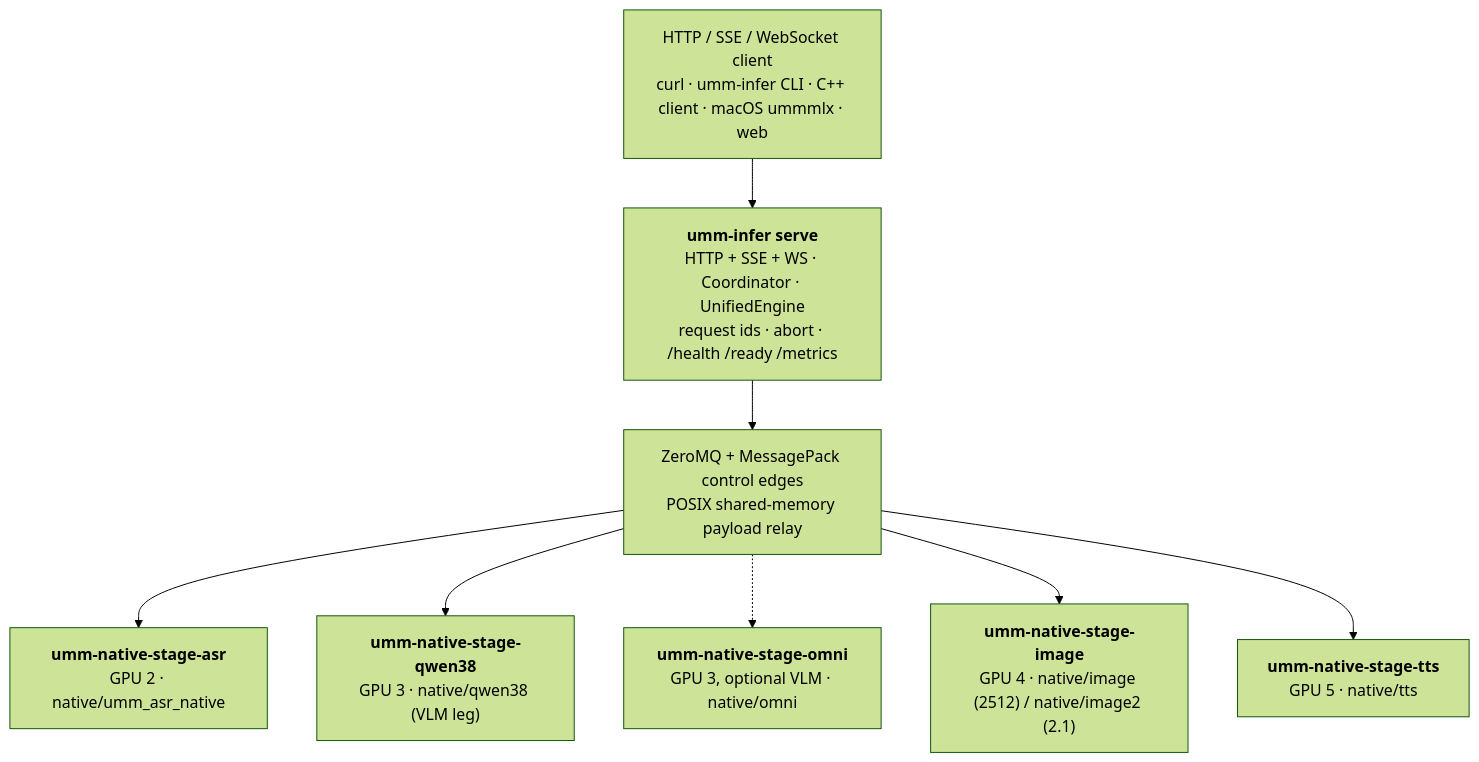
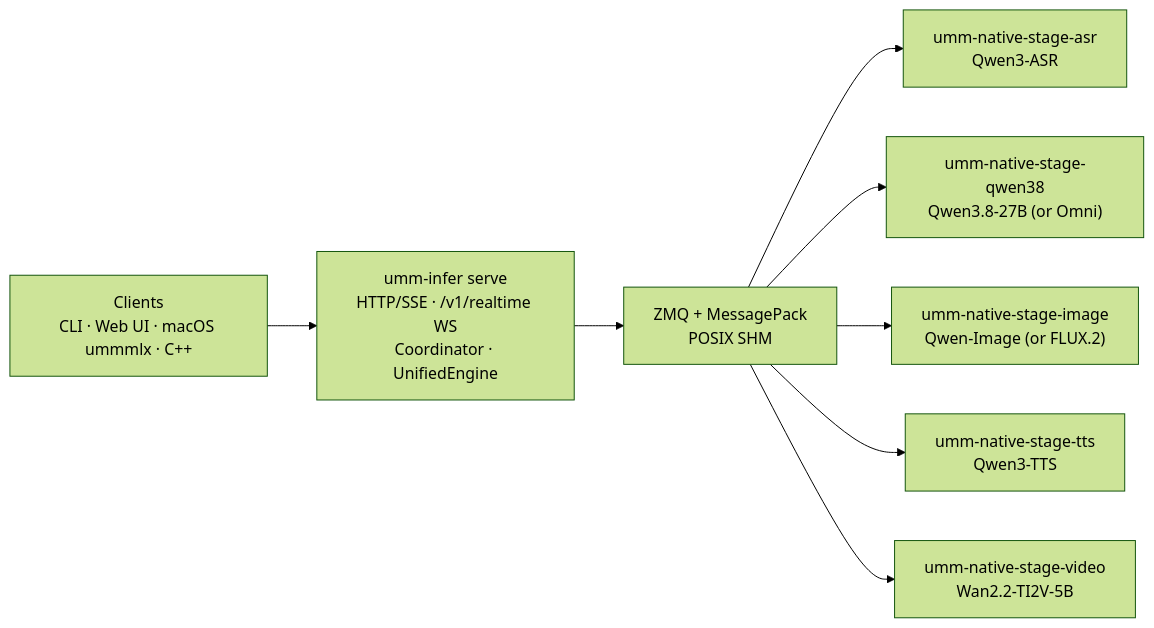
Before and after one commit to thinkseek/ummInfer: the diagram in README.md, drawn with Mermaid (forest theme). The commit also changed other lines of this file and 2 other files, not shown here.

````diff
--- a/README.md
+++ b/README.md
@@ -12,20 +16,19 @@
 ```mermaid
-flowchart TB
-  CLIENT["HTTP / SSE / WebSocket client<br/>curl · umm-infer CLI · C++ client · macOS ummmlx · web"]
-  SERVER["<b>umm-infer serve</b><br/>HTTP + SSE + WS · Coordinator · UnifiedEngine<br/>request ids · abort · /health /ready /metrics"]
-  ZMQ["ZeroMQ + MessagePack control edges<br/>POSIX shared-memory payload relay"]
+flowchart LR
+  CLIENT["Clients<br/>CLI · Web UI · macOS ummmlx · C++"]
+  SERVER["umm-infer serve<br/>HTTP/SSE · /v1/realtime WS<br/>Coordinator · UnifiedEngine"]
+  ZMQ["ZMQ + MessagePack<br/>POSIX SHM"]
 
-  ASRG["<b>umm-native-stage-asr</b><br/>GPU 2 · native/umm_asr_native"]
-  VLM["<b>umm-native-stage-qwen38</b><br/>GPU 3 · native/qwen38 (VLM leg)"]
-  OMNI["<b>umm-native-stage-omni</b><br/>GPU 3, optional VLM · native/omni"]
-  IMGG["<b>umm-native-stage-image</b><br/>GPU 4 · native/image (2512) / native/image2 (2.1)"]
-  TTSG["<b>umm-native-stage-tts</b><br/>GPU 5 · native/tts"]
+  ASR["umm-native-stage-asr<br/>Qwen3-ASR"]
+  VLM["umm-native-stage-qwen38<br/>Qwen3.8-27B (or Omni)"]
+  IMG["umm-native-stage-image<br/>Qwen-Image (or FLUX.2)"]
+  TTS["umm-native-stage-tts<br/>Qwen3-TTS"]
+  VID["umm-native-stage-video<br/>Wan2.2-TI2V-5B"]
 
-  CLIENT --> SERVER
-  SERVER --> ZMQ
-  ZMQ --> ASRG
+  CLIENT --> SERVER --> ZMQ
+  ZMQ --> ASR
   ZMQ --> VLM
-  ZMQ -.-> OMNI
-  ZMQ --> IMGG
-  ZMQ --> TTSG
+  ZMQ --> IMG
+  ZMQ --> TTS
+  ZMQ --> VID
 ```
````
